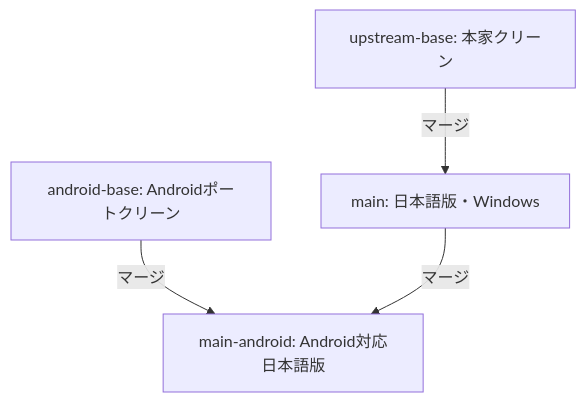
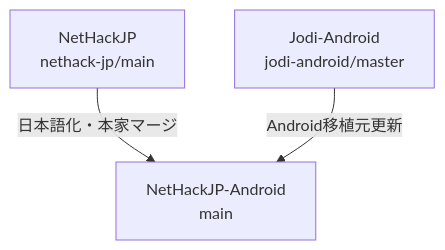
One commit to satokiyon/DartHack changed the diagram in DEVELOPMENT.md. Above: the diagram before and after it, drawn with Mermaid. The commit also changed other lines of this file, not shown here.

Commit message:
Update DEVELOPMENT.md with Android-specific merge workflow and technical notes

````diff
--- a/DEVELOPMENT.md
+++ b/DEVELOPMENT.md
@@ -191,6 +69,5 @@
 ```mermaid
 graph TD
-    ub[upstream-base: 本家クリーン] -->|マージ| main[main: 日本語版・Windows]
-    ab[android-base: Androidポートクリーン] -->|マージ| ma[main-android: Android対応日本語版]
-    main -->|マージ| ma
+    NetHackJP[NetHackJP<br>nethack-jp/main] -->|日本語化・本家マージ| NetHackJPAndroid[NetHackJP-Android<br>main]
+    JodiAndroid[Jodi-Android<br>jodi-android/master] -->|Android移植元更新| NetHackJPAndroid
 ```
````
